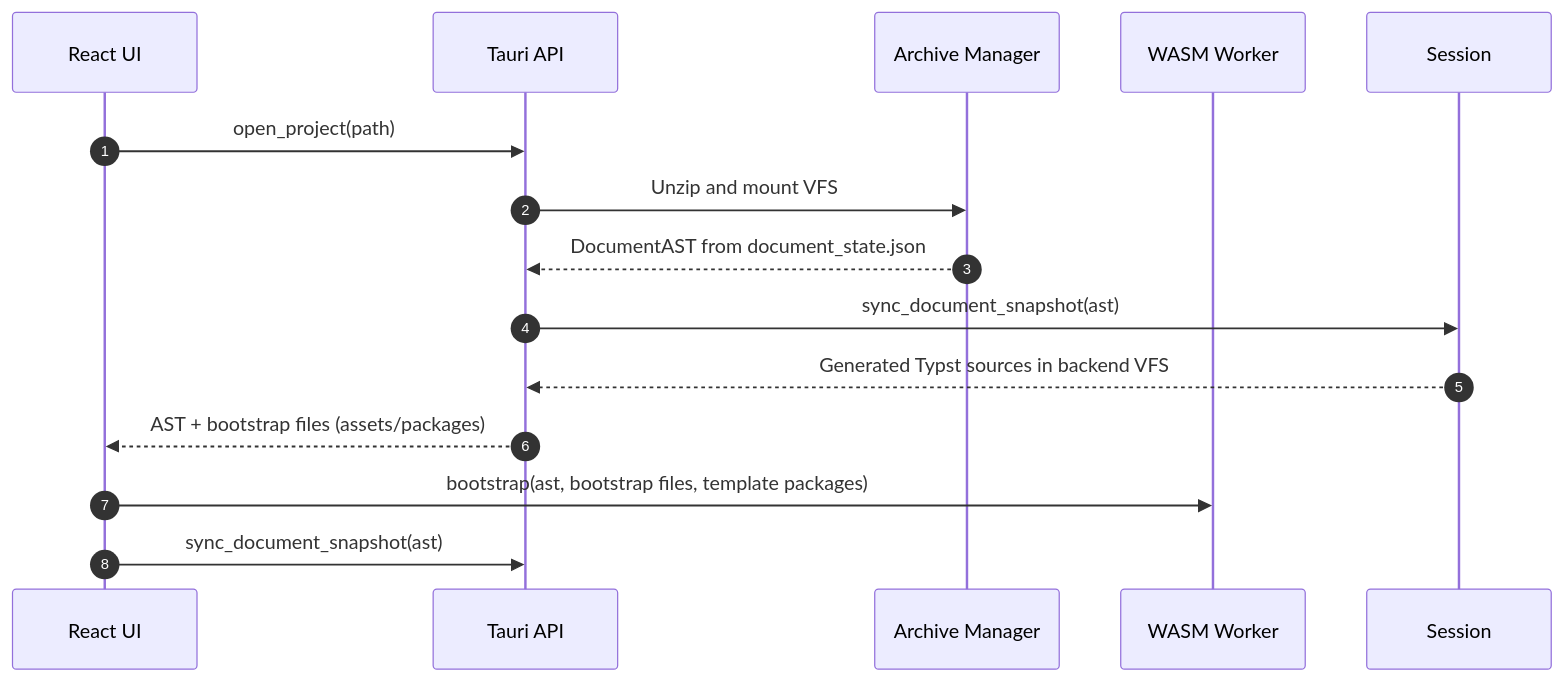
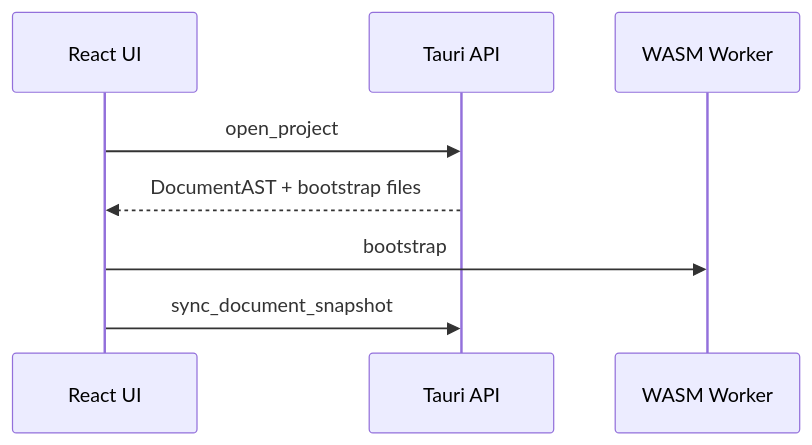
One commit to andmoreduro/ergo changed the fifth of 10 diagrams in context/sequence-diagrams.md. Above: the diagram before and after it, drawn with Mermaid. The commit also changed other lines of this file and 372 other files, not shown here.

````diff
--- a/context/sequence-diagrams.md
+++ b/context/sequence-diagrams.md
@@ -118,18 +88,10 @@
 ```mermaid
 sequenceDiagram
-    autonumber
-
     participant UI as React UI
     participant API as Tauri API
-    participant Archive as Archive Manager
     participant Worker as WASM Worker
-
-    UI->>API: open_project(path)
-    API->>Archive: Unzip and mount VFS
-    Archive-->>API: DocumentAST from document_state.json
-    API->>Session: sync_document_snapshot(ast)
-    Session-->>API: Generated Typst sources in backend VFS
-    API-->>UI: AST + bootstrap files (assets/packages)
-    UI->>Worker: bootstrap(ast, bootstrap files, template packages)
-    UI->>API: sync_document_snapshot(ast)
+    UI->>API: open_project
+    API-->>UI: DocumentAST + bootstrap files
+    UI->>Worker: bootstrap
+    UI->>API: sync_document_snapshot
 ```
````
